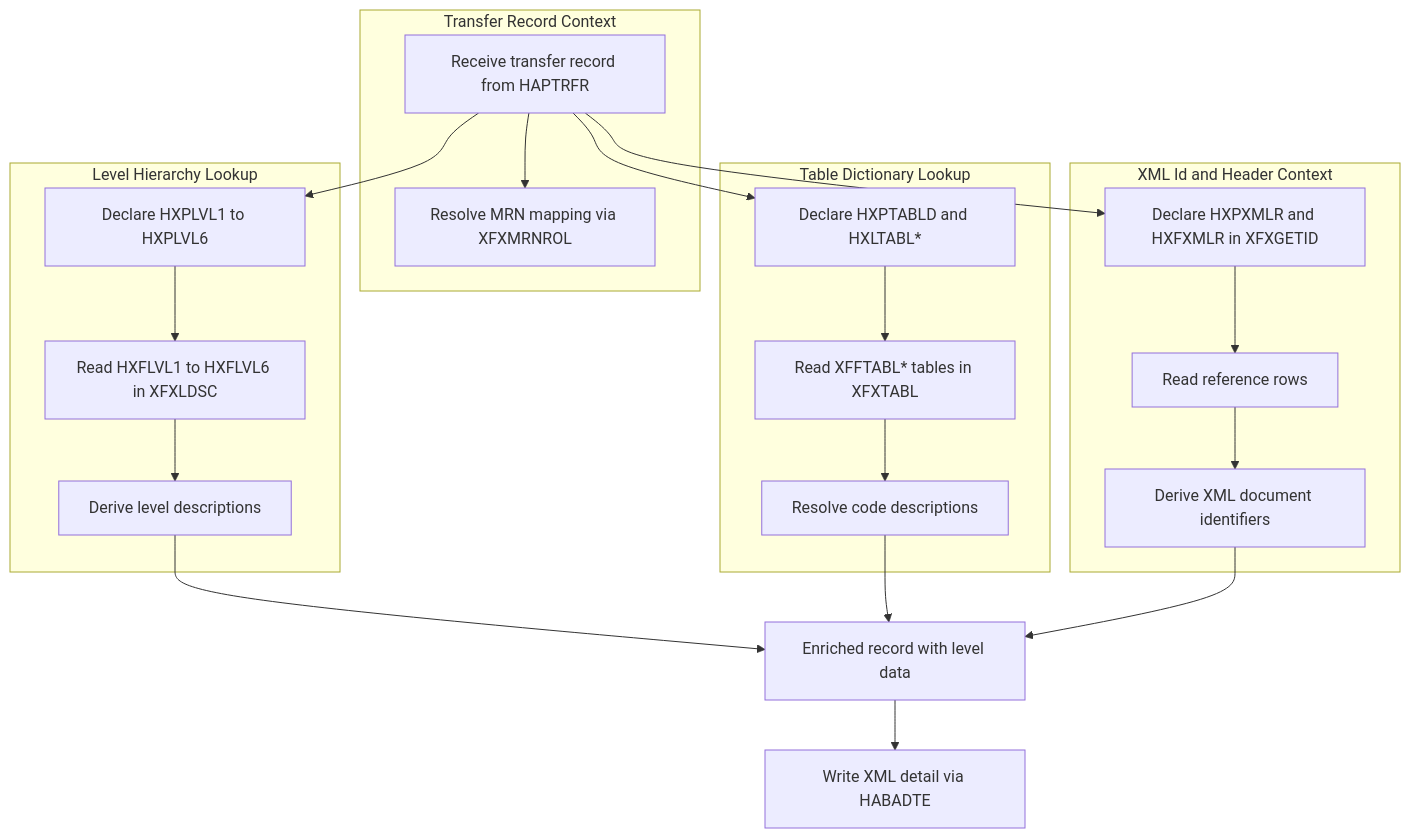
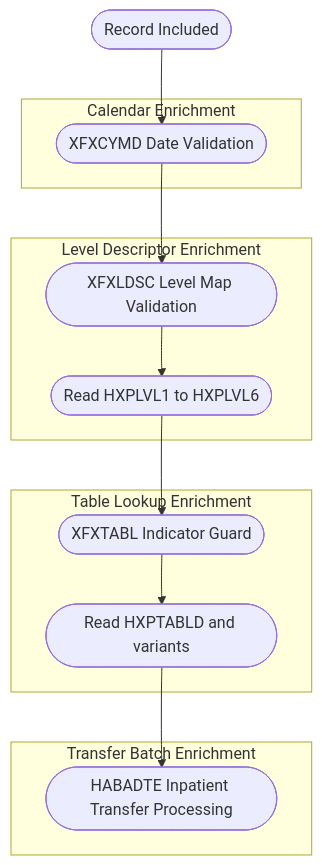
One commit to gauravgarg284/AS400-ReverseEngineering changed the third of 7 diagrams in runs/202607011209/docs/Business_Processing_Flowchart.md. Above: the diagram before and after it, drawn with Mermaid. The commit also changed other lines of this file, not shown here.

Commit message:
Agent-4c: flowchart and diagrams for run 202607011209

````diff
--- a/runs/202607011209/docs/Business_Processing_Flowchart.md
+++ b/runs/202607011209/docs/Business_Processing_Flowchart.md
@@ -55,33 +114,29 @@
 ```mermaid
 flowchart TD
-    subgraph "Transfer Record Context"
-        RCV[Receive transfer record from HAPTRFR]
-        RCV --> MRN_MAP[Resolve MRN mapping via XFXMRNROL]
+    RECOK([Record Included])
+
+    subgraph "Calendar Enrichment"
+        CALCHK([XFXCYMD Date Validation])
     end
 
-    subgraph "Level Hierarchy Lookup"
-        LVL_DECL[Declare HXPLVL1 to HXPLVL6]
-        LVL_DECL --> LVL_READ[Read HXFLVL1 to HXFLVL6 in XFXLDSC]
-        LVL_READ --> LVL_DESC[Derive level descriptions]
+    subgraph "Level Descriptor Enrichment"
+        LDMAP([XFXLDSC Level Map Validation])
+        LVLREAD([Read HXPLVL1 to HXPLVL6])
     end
 
-    subgraph "Table Dictionary Lookup"
-        TBL_DECL[Declare HXPTABLD and HXLTABL*]
-        TBL_DECL --> TBL_READ[Read XFFTABL* tables in XFXTABL]
-        TBL_READ --> TBL_DESC[Resolve code descriptions]
+    subgraph "Table Lookup Enrichment"
+        TBLGUARD([XFXTABL Indicator Guard])
+        TBLREAD([Read HXPTABLD and variants])
     end
 
-    subgraph "XML Id and Header Context"
-        XML_REF[Declare HXPXMLR and HXFXMLR in XFXGETID]
-        XML_REF --> XML_READ[Read reference rows]
-        XML_READ --> XML_IDS[Derive XML document identifiers]
+    subgraph "Transfer Batch Enrichment"
+        HABPROC([HABADTE Inpatient Transfer Processing])
     end
 
-    RCV --> LVL_DECL
-    RCV --> TBL_DECL
-    RCV --> XML_REF
-    LVL_DESC --> ENRICHED_REC[Enriched record with level data]
-    TBL_DESC --> ENRICHED_REC
-    XML_IDS --> ENRICHED_REC
-    ENRICHED_REC --> XML_DETAIL[Write XML detail via HABADTE]
+    RECOK --> CALCHK
+    CALCHK --> LDMAP
+    LDMAP --> LVLREAD
+    LVLREAD --> TBLGUARD
+    TBLGUARD --> TBLREAD
+    TBLREAD --> HABPROC
 ```
````
